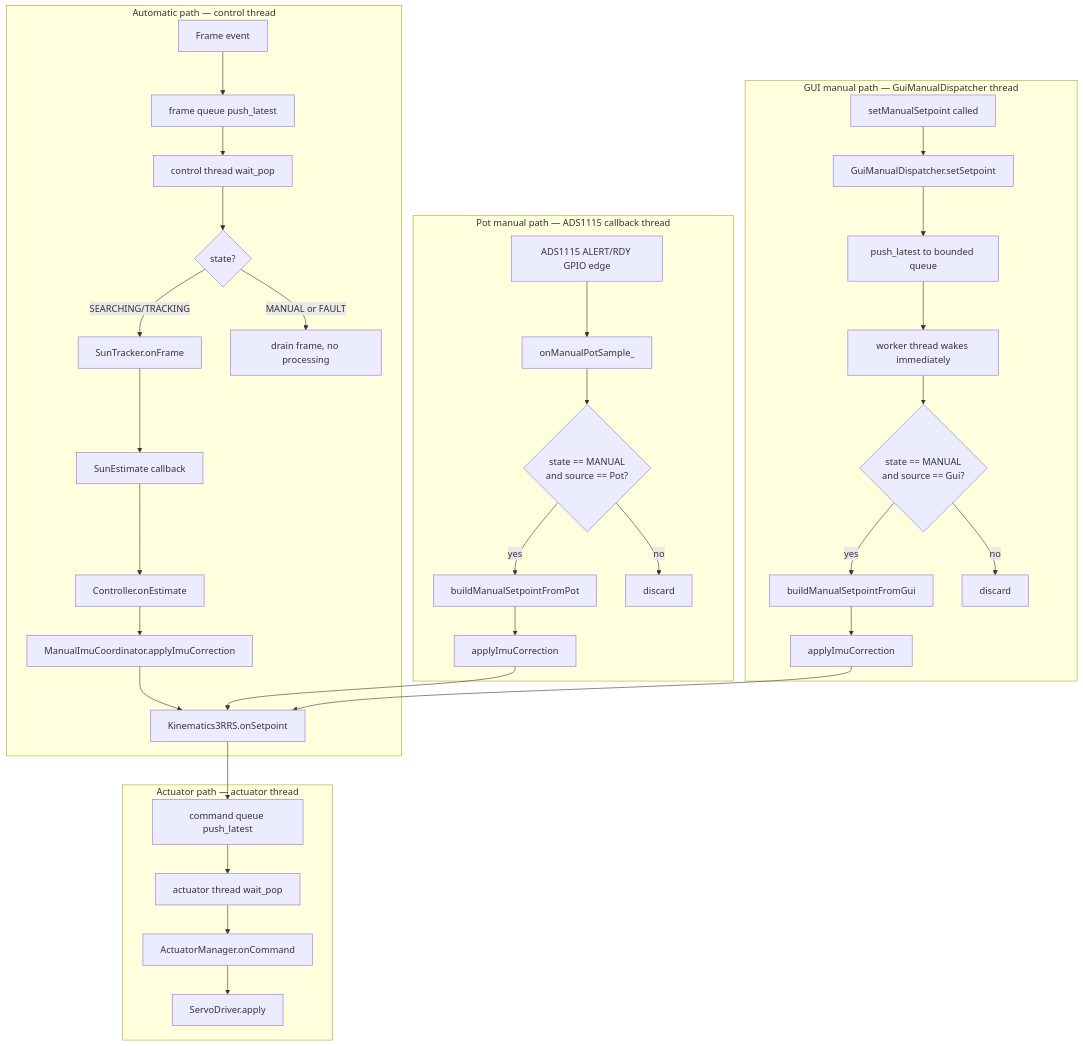
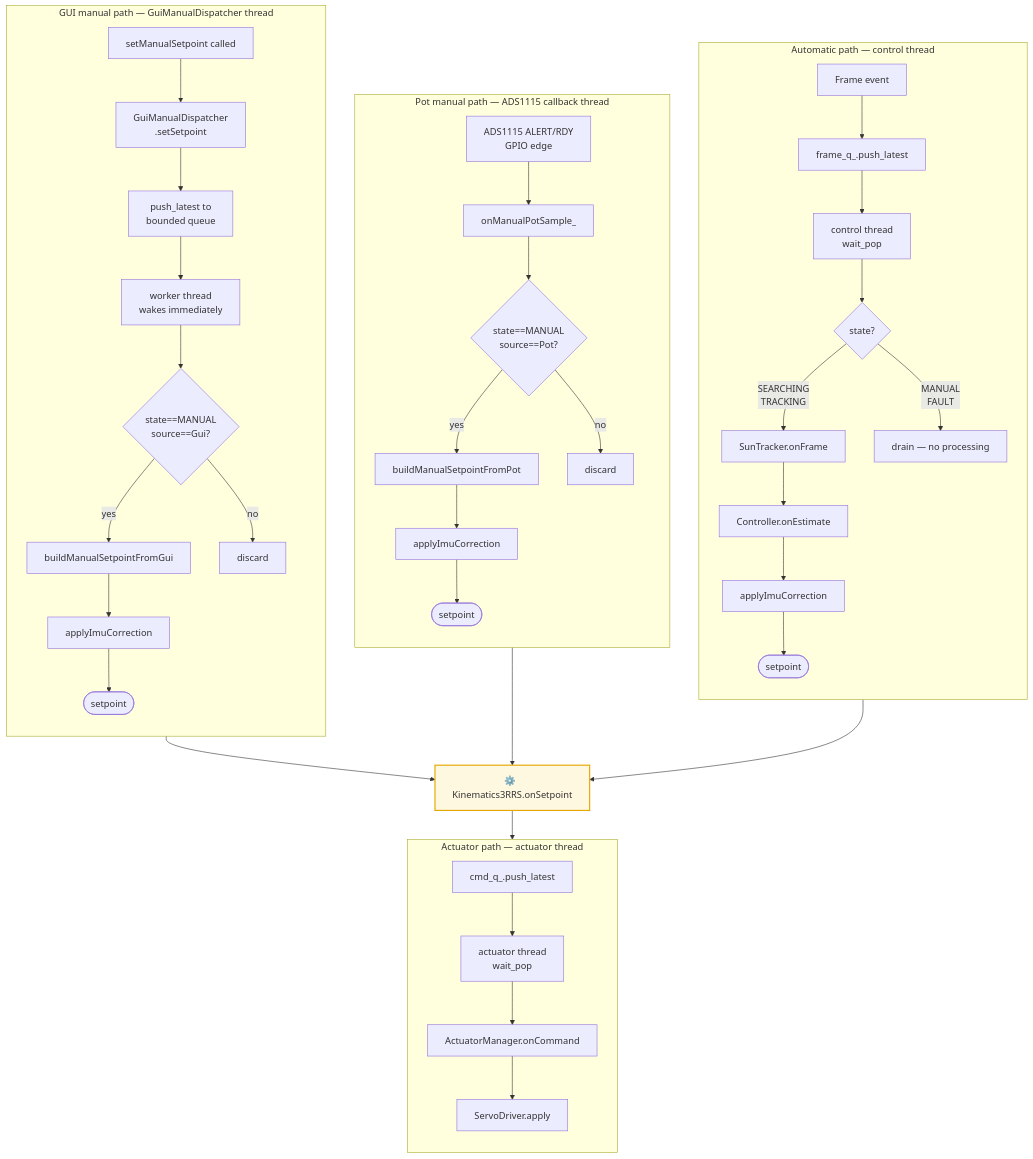
Before and after one commit to fadihalteh/sun2: the third of 3 diagrams in docs/state_machine.md, drawn with Mermaid. The commit also changed 10 other files, not shown here.

````diff
--- a/docs/state_machine.md
+++ b/docs/state_machine.md
@@ -222,43 +222,94 @@
 ```mermaid
-flowchart TD
-    subgraph AUTO["Automatic path — control thread"]
-      A[Frame event] --> B[frame queue push_latest]
-      B --> C[control thread wait_pop]
-      C --> D{state?}
-      D -- SEARCHING/TRACKING --> E[SunTracker.onFrame]
-      E --> F[SunEstimate callback]
-      F --> G[Controller.onEstimate]
-      G --> H[ManualImuCoordinator.applyImuCorrection]
-      H --> I[Kinematics3RRS.onSetpoint]
-      D -- MANUAL or FAULT --> Z[drain frame, no processing]
-    end
+---
+config:
+  layout: dagre
+---
+flowchart TB
+ subgraph COL1["Automatic path — control thread"]
+    direction TB
+        A1["Frame event"]
+        A2["frame_q_.push_latest"]
+        A3["control thread
+wait_pop"]
+        A4{"state?"}
+        A5["SunTracker.onFrame"]
+        A6["Controller.onEstimate"]
+        A7["applyImuCorrection"]
+        AO(["setpoint"])
+        AX["drain — no processing"]
+  end
+ subgraph COL2["Pot manual path — ADS1115 callback thread"]
+    direction TB
+        B1["ADS1115 ALERT/RDY
+GPIO edge"]
+        B2["onManualPotSample_"]
+        B3{"state==MANUAL
+source==Pot?"}
+        B4["buildManualSetpointFromPot"]
+        B5["applyImuCorrection"]
+        BO(["setpoint"])
+        BX["discard"]
+  end
+ subgraph COL3["GUI manual path — GuiManualDispatcher thread"]
+    direction TB
+        C1["setManualSetpoint called"]
+        C2["GuiManualDispatcher
+.setSetpoint"]
+        C3["push_latest to
+bounded queue"]
+        C4["worker thread
+wakes immediately"]
+        C5{"state==MANUAL
+source==Gui?"}
+        C6["buildManualSetpointFromGui"]
+        C7["applyImuCorrection"]
+        CO(["setpoint"])
+        CX["discard"]
+  end
+ subgraph ACT["Actuator path — actuator thread"]
+    direction TB
+        J["cmd_q_.push_latest"]
+        K["actuator thread
+wait_pop"]
+        L["ActuatorManager.onCommand"]
+        M["ServoDriver.apply"]
+  end
+    A1 --> A2
+    A2 --> A3
+    A3 --> A4
+    A4 -- SEARCHING
+TRACKING --> A5
+    A5 --> A6
+    A6 --> A7
+    A7 --> AO
+    A4 -- MANUAL
+FAULT --> AX
+    B1 --> B2
+    B2 --> B3
+    B3 -- yes --> B4
+    B4 --> B5
+    B5 --> BO
+    B3 -- no --> BX
+    C1 --> C2
+    C2 --> C3
+    C3 --> C4
+    C4 --> C5
+    C5 -- yes --> C6
+    C6 --> C7
+    C7 --> CO
+    C5 -- no --> CX
+    AO --> KIN["⚙️  Kinematics3RRS.onSetpoint"]
+    BO --> KIN
+    CO --> KIN
+    J --> K
+    K --> L
+    L --> M
+    KIN --> J
 
-    subgraph POT["Pot manual path — ADS1115 callback thread"]
-      Q[ADS1115 ALERT/RDY GPIO edge] --> R[onManualPotSample_]
-      R --> R2{state == MANUAL
-and source == Pot?}
-      R2 -- yes --> S[buildManualSetpointFromPot]
-      S --> S2[applyImuCorrection]
-      S2 --> I
-      R2 -- no --> RX[discard]
-    end
-
-    subgraph GUI["GUI manual path — GuiManualDispatcher thread"]
-      P[setManualSetpoint called] --> P2[GuiManualDispatcher.setSetpoint]
-      P2 --> P3[push_latest to bounded queue]
-      P3 --> P4[worker thread wakes immediately]
-      P4 --> P5{state == MANUAL
-and source == Gui?}
-      P5 -- yes --> T[buildManualSetpointFromGui]
-      T --> T2[applyImuCorrection]
-      T2 --> I
-      P5 -- no --> PX[discard]
-    end
-
-    subgraph ACT["Actuator path — actuator thread"]
-      I --> J[command queue push_latest]
-      J --> K[actuator thread wait_pop]
-      K --> L[ActuatorManager.onCommand]
-      L --> M[ServoDriver.apply]
-    end
+     KIN:::shared
+    classDef path fill:#f0f4ff,stroke:#6677aa,stroke-width:1.5px
+    classDef shared fill:#fff8e1,stroke:#e6a800,stroke-width:2px
+    classDef actuator fill:#f0fff4,stroke:#44aa66,stroke-width:1.5px
+    classDef decision fill:#fff,stroke:#333,stroke-width:1.5px
+    classDef discard fill:#fff0f0,stroke:#cc6666,stroke-width:1px
 ```
````
